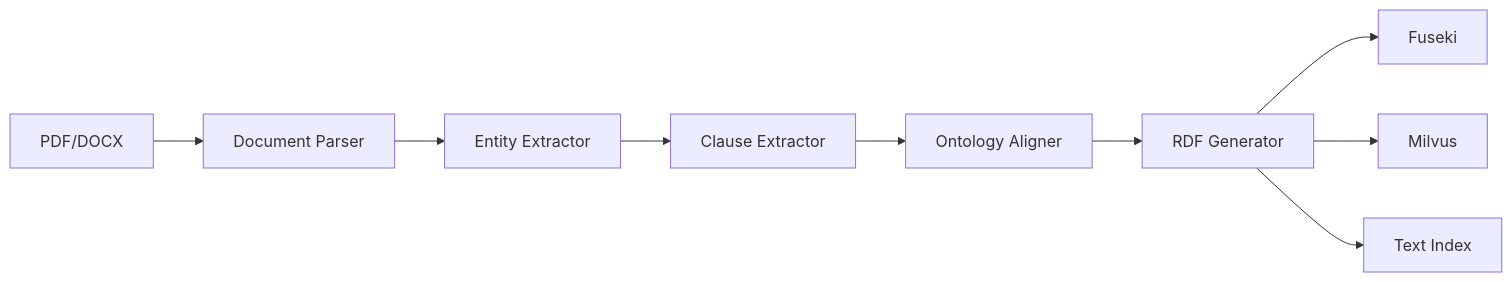
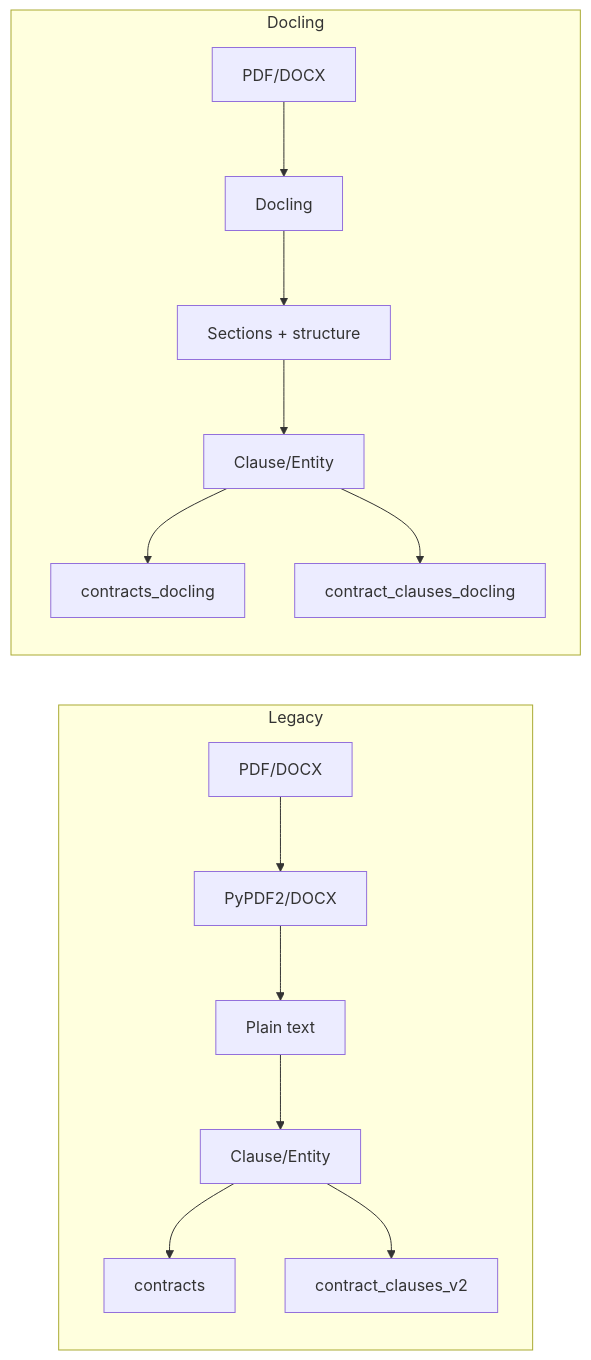
Before and after one commit to raghavginfocus/localcontractan: the third of 4 diagrams in docs/guide/ingestion.md, drawn with Mermaid. The commit also changed other lines of this file and 11 other files, not shown here.

````diff
--- a/docs/guide/ingestion.md
+++ b/docs/guide/ingestion.md
@@ -45,11 +155,18 @@
 ```mermaid
 graph LR
-    A[PDF/DOCX] --> B[Document Parser]
-    B --> C[Entity Extractor]
-    C --> D[Clause Extractor]
-    D --> E[Ontology Aligner]
-    E --> F[RDF Generator]
-    F --> G[Fuseki]
-    F --> H[Milvus]
-    F --> I[Text Index]
+    subgraph Legacy
+        L1[PDF/DOCX] --> L2[PyPDF2/DOCX]
+        L2 --> L3[Plain text]
+        L3 --> L4[Clause/Entity]
+        L4 --> L5[contracts]
+        L4 --> L6[contract_clauses_v2]
+    end
+
+    subgraph Docling
+        D1[PDF/DOCX] --> D2[Docling]
+        D2 --> D3[Sections + structure]
+        D3 --> D4[Clause/Entity]
+        D4 --> D5[contracts_docling]
+        D4 --> D6[contract_clauses_docling]
+    end
 ```
````
